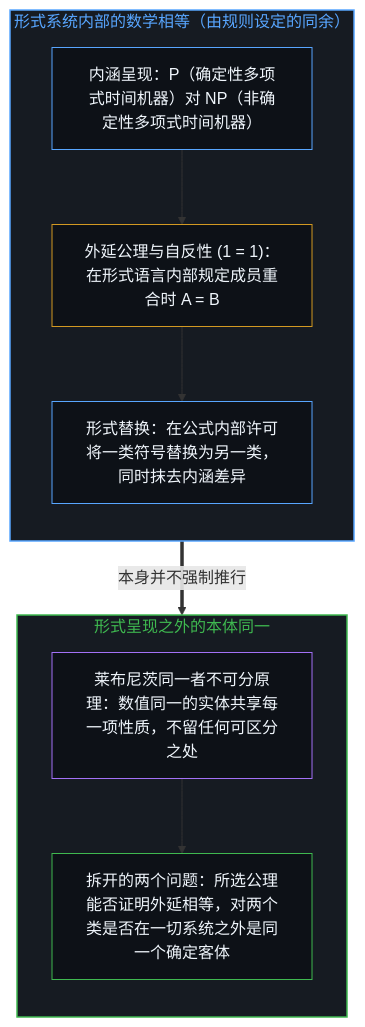
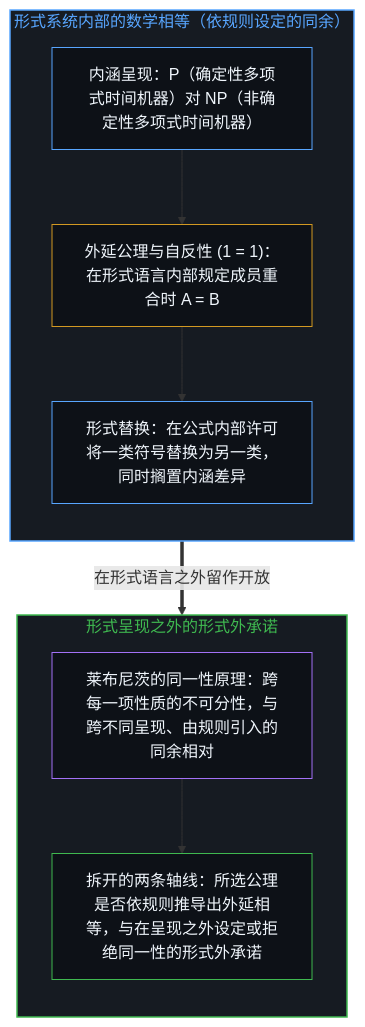
Before and after one commit to powerpig99/not-a-toe: the first of 4 diagrams in content/posts/on-the-boundaries-of-what-can-be-said-about-p-and-np.md, drawn with Mermaid. The commit also changed other lines of this file and 1 other file, not shown here.

````diff
--- a/content/posts/on-the-boundaries-of-what-can-be-said-about-p-and-np.md
+++ b/content/posts/on-the-boundaries-of-what-can-be-said-about-p-and-np.md
@@ -17,24 +17,24 @@
 ```mermaid
 flowchart TD
-    subgraph S_Rule["形式系统内部的数学相等（由规则设定的同余）"]
+    subgraph S_Rule["形式系统内部的数学相等（依规则设定的同余）"]
         direction TB
         Int["内涵呈现：P（确定性多项式时间机器）对 NP（非确定性多项式时间机器）"]
         Ext["外延公理与自反性 (1 = 1)：在形式语言内部规定成员重合时 A = B"]
-        Sub["形式替换：在公式内部许可将一类符号替换为另一类，同时抹去内涵差异"]
+        Sub["形式替换：在公式内部许可将一类符号替换为另一类，同时搁置内涵差异"]
         Int --> Ext --> Sub
     end
-    subgraph S_Onto["形式呈现之外的本体同一"]
+    subgraph S_Onto["形式呈现之外的形式外承诺"]
         direction TB
-        Leib["莱布尼茨同一者不可分原理：数值同一的实体共享每一项性质，不留任何可区分之处"]
-        Split["拆开的两个问题：所选公理能否证明外延相等，对两个类是否在一切系统之外是同一个确定客体"]
+        Leib["莱布尼茨的同一性原理：跨每一项性质的不可分性，与跨不同呈现、由规则引入的同余相对"]
+        Split["拆开的两条轴线：所选公理是否依规则推导出外延相等，与在呈现之外设定或拒绝同一性的形式外承诺"]
         Leib --> Split
     end
-    Sub ==>|"本身并不强制推行"| Leib
+    Sub ==>|"在形式语言之外留作开放"| Split
     style S_Rule fill:#161b22,stroke:#58a6ff,stroke-width:1.5px,color:#58a6ff
     style S_Onto fill:#161b22,stroke:#3fb950,stroke-width:1.5px,color:#3fb950
     style Int fill:#0d1117,stroke:#58a6ff,stroke-width:1px,color:#f0f6fc
     style Ext fill:#0d1117,stroke:#d29922,stroke-width:1px,color:#f0f6fc
     style Sub fill:#0d1117,stroke:#58a6ff,stroke-width:1px,color:#f0f6fc
     style Leib fill:#0d1117,stroke:#a371f7,stroke-width:1px,color:#f0f6fc
     style Split fill:#0d1117,stroke:#3fb950,stroke-width:1px,color:#f0f6fc
 ```
````
